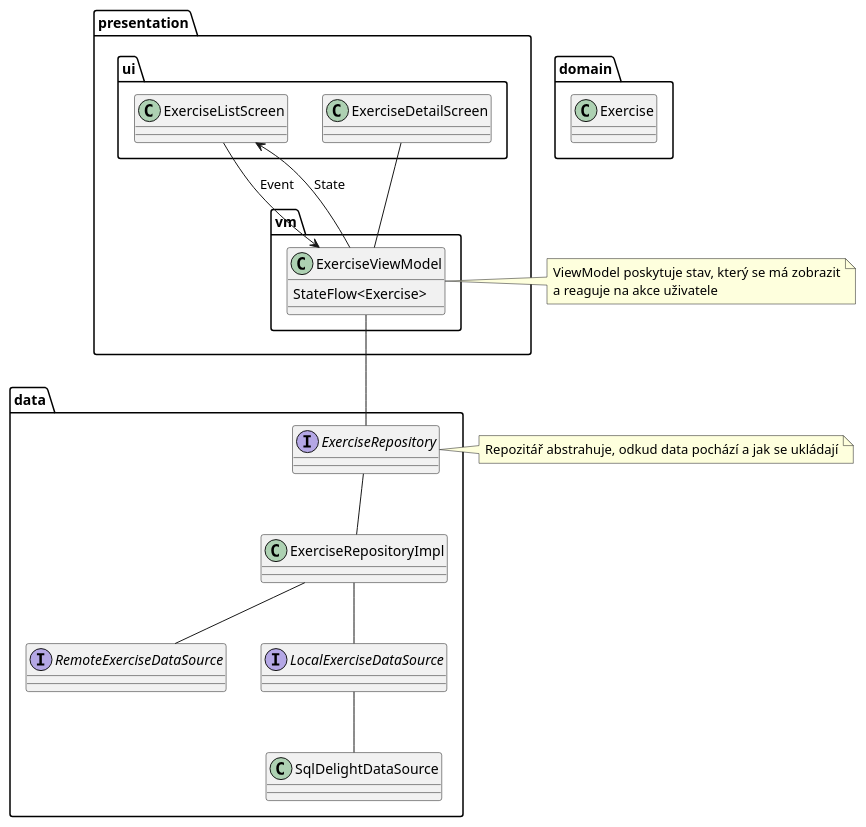
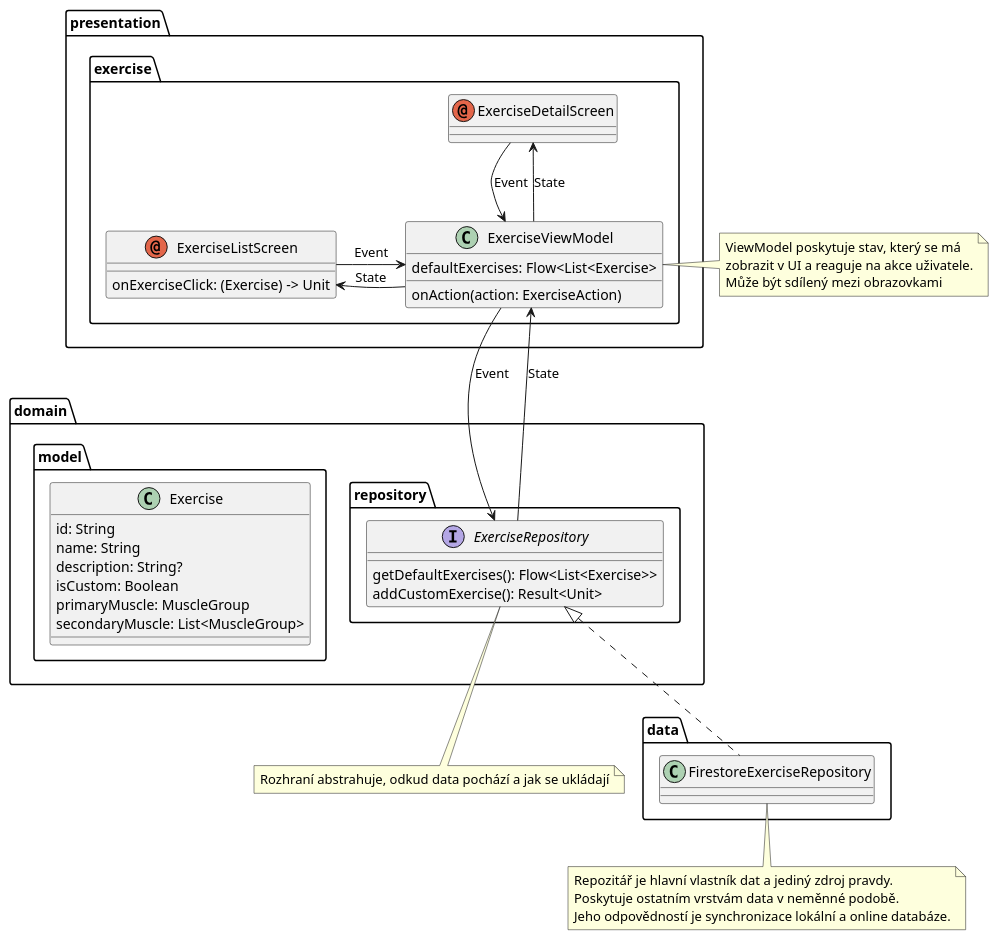
Before and after one commit to JakubHerr/GitFit: the diagram in docs/ClassDiagram.puml, drawn with PlantUML.

Commit message:
More class diagram updates

```diff
--- a/docs/ClassDiagram.puml
+++ b/docs/ClassDiagram.puml
@@ -1,43 +1,65 @@
 @startuml
 'https://plantuml.com/class-diagram
 
 package presentation {
-    package ui {
-        class ExerciseDetailScreen
-        class ExerciseListScreen
-    }
-    package vm {
-        class ExerciseViewModel
+    package exercise {
+        annotation ExerciseDetailScreen
+        annotation ExerciseListScreen {
+            onExerciseClick: (Exercise) -> Unit
+        }
+
+        class ExerciseViewModel {
+            defaultExercises: Flow<List<Exercise>
+            onAction(action: ExerciseAction)
+        }
     }
 }
 
 package domain {
-    class Exercise
+    package repository {
+        interface ExerciseRepository {
+            getDefaultExercises(): Flow<List<Exercise>>
+            addCustomExercise(): Result<Unit>
+        }
+    }
+
+    package model {
+        class Exercise {
+            id: String
+            name: String
+            description: String?
+            isCustom: Boolean
+            primaryMuscle: MuscleGroup
+            secondaryMuscle: List<MuscleGroup>
+        }
+    }
 }
 
 package data {
-    interface RemoteExerciseDataSource
-    interface LocalExerciseDataSource
-    interface ExerciseRepository
-    class ExerciseRepositoryImpl
-    class SqlDelightDataSource
+    class FirestoreExerciseRepository
 }
 
-note right of ExerciseRepository : Repozitář abstrahuje, odkud data pochází a jak se ukládají
+note bottom of ExerciseRepository : Rozhraní abstrahuje, odkud data pochází a jak se ukládají
 note right of ExerciseViewModel
- ViewModel poskytuje stav, který se má zobrazit
- a reaguje na akce uživatele
- endnote
+    ViewModel poskytuje stav, který se má
+    zobrazit v UI a reaguje na akce uživatele.
+    Může být sdílený mezi obrazovkami
+endnote
 
+note bottom of FirestoreExerciseRepository
+    Repozitář je hlavní vlastník dat a jediný zdroj pravdy.
+    Poskytuje ostatním vrstvám data v neměnné podobě.
+    Jeho odpovědností je synchronizace lokální a online databáze.
+endnote
 
-ExerciseRepository -- ExerciseRepositoryImpl
 ExerciseListScreen -> ExerciseViewModel : Event
 ExerciseListScreen <- ExerciseViewModel : State
-ExerciseDetailScreen -- ExerciseViewModel
-ExerciseViewModel -- ExerciseRepository
-ExerciseRepositoryImpl -- RemoteExerciseDataSource
-ExerciseRepositoryImpl -- LocalExerciseDataSource
-LocalExerciseDataSource -- SqlDelightDataSource
 
-ExerciseViewModel : StateFlow<Exercise>
+ExerciseDetailScreen --> ExerciseViewModel : Event
+ExerciseDetailScreen <-- ExerciseViewModel : State
+
+ExerciseViewModel --> ExerciseRepository : Event
+ExerciseViewModel <-- ExerciseRepository : State
+
+ExerciseRepository <|.. FirestoreExerciseRepository
 @enduml
```
